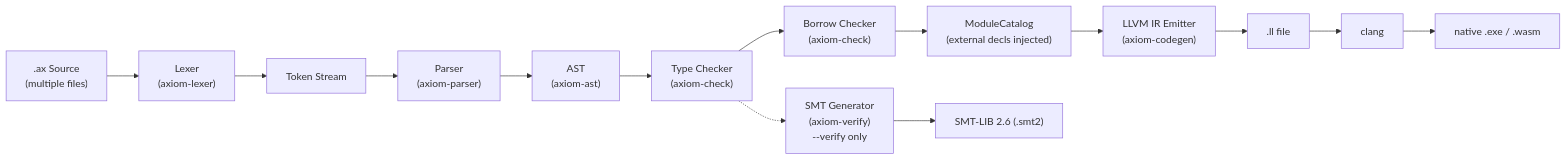
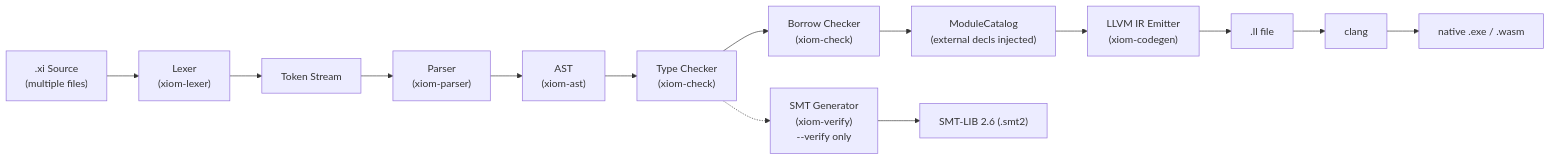
One commit to xiom-lang/xiom changed the diagram in docs/COMPILER_ARCHITECTURE.md. Above: the diagram before and after it, drawn with Mermaid. The commit also changed other lines of this file and 194 other files, not shown here.

First line of the commit message:
re-branding: update all files with rebranding specs AXIOM -> XIOM .ax -> .xi .axbc -> xibc

````diff
--- a/docs/COMPILER_ARCHITECTURE.md
+++ b/docs/COMPILER_ARCHITECTURE.md
@@ -39,17 +39,17 @@
 ```mermaid
 flowchart LR
-    Source[".ax Source\n(multiple files)"] --> Lexer["Lexer\n(axiom-lexer)"]
+    Source[".xi Source\n(multiple files)"] --> Lexer["Lexer\n(xiom-lexer)"]
     Lexer --> Tokens["Token Stream"]
-    Tokens --> Parser["Parser\n(axiom-parser)"]
-    Parser --> AST["AST\n(axiom-ast)"]
-    AST --> Checker["Type Checker\n(axiom-check)"]
-    Checker --> BorrowChecker["Borrow Checker\n(axiom-check)"]
+    Tokens --> Parser["Parser\n(xiom-parser)"]
+    Parser --> AST["AST\n(xiom-ast)"]
+    AST --> Checker["Type Checker\n(xiom-check)"]
+    Checker --> BorrowChecker["Borrow Checker\n(xiom-check)"]
     BorrowChecker --> Catalog["ModuleCatalog\n(external decls injected)"]
-    Catalog --> Codegen["LLVM IR Emitter\n(axiom-codegen)"]
+    Catalog --> Codegen["LLVM IR Emitter\n(xiom-codegen)"]
     Codegen --> IR[".ll file"]
     IR --> Clang["clang"]
     Clang --> Binary["native .exe / .wasm"]
 
-    Checker -.-> Verify["SMT Generator\n(axiom-verify)\n--verify only"]
+    Checker -.-> Verify["SMT Generator\n(xiom-verify)\n--verify only"]
     Verify --> SMT["SMT-LIB 2.6 (.smt2)"]
 ```
````
